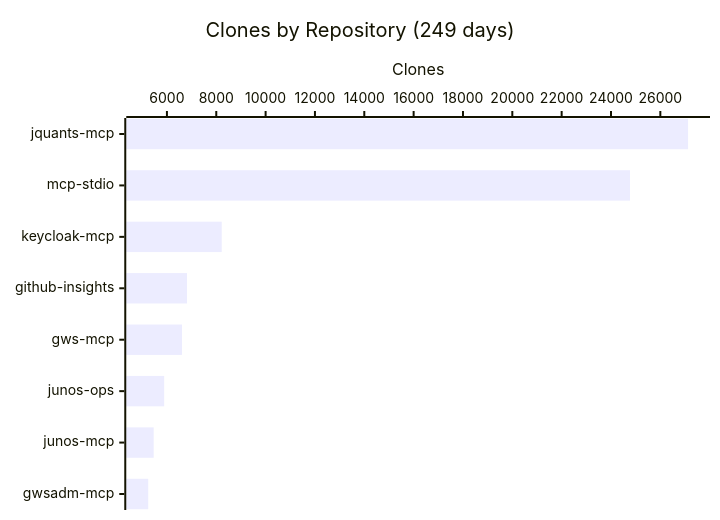
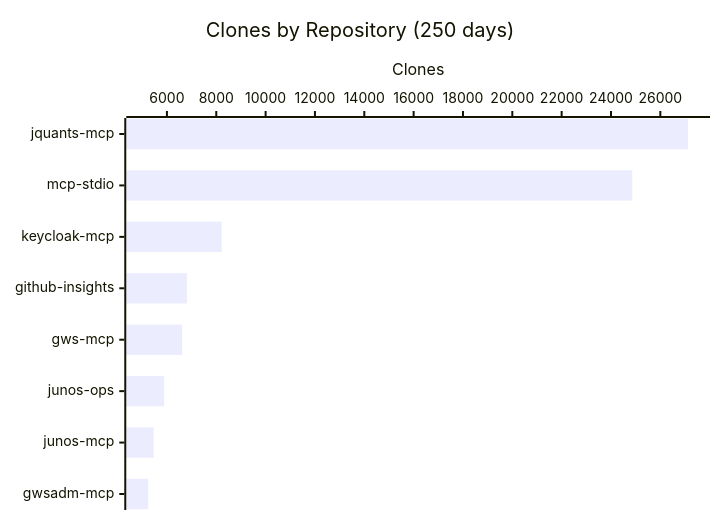
The fourth of 4 diagrams in README.md (shigechika/github-insights), drawn with Mermaid before and after one commit. The commit also changed other lines of this file and 1 other file, not shown here.

````diff
--- a/README.md
+++ b/README.md
@@ -58,7 +58,7 @@
 ```mermaid
 xychart-beta horizontal
-    title "Clones by Repository (249 days)"
+    title "Clones by Repository (250 days)"
     x-axis ["jquants-mcp", "mcp-stdio", "keycloak-mcp", "github-insights", "gws-mcp", "junos-ops", "junos-mcp", "gwsadm-mcp"]
     y-axis "Clones"
-    bar [27124, 24770, 8221, 6813, 6610, 5888, 5463, 5241]
+    bar [27124, 24865, 8221, 6813, 6616, 5888, 5463, 5241]
 ```
````
